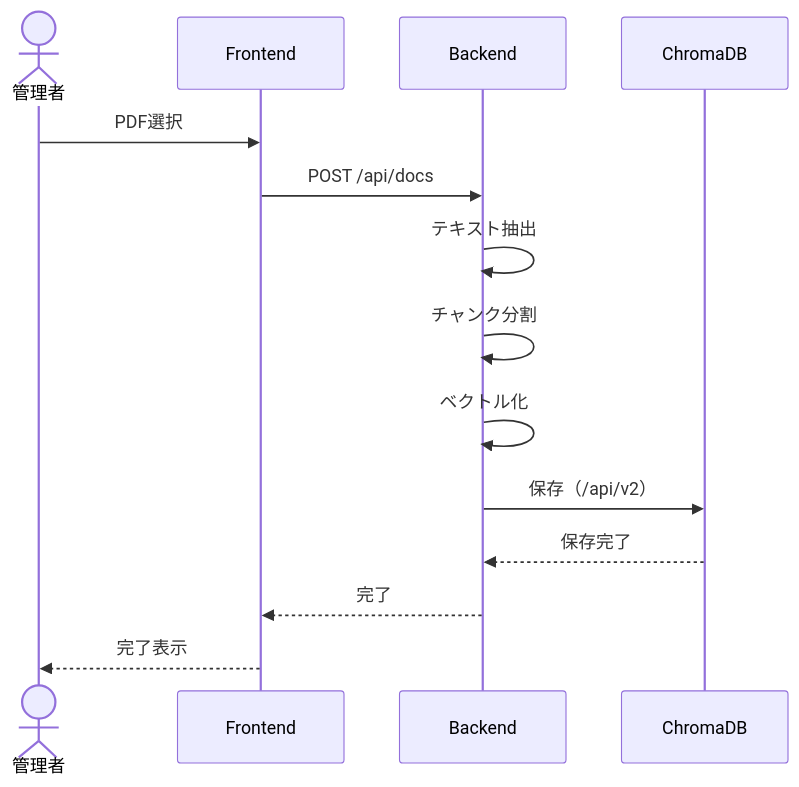
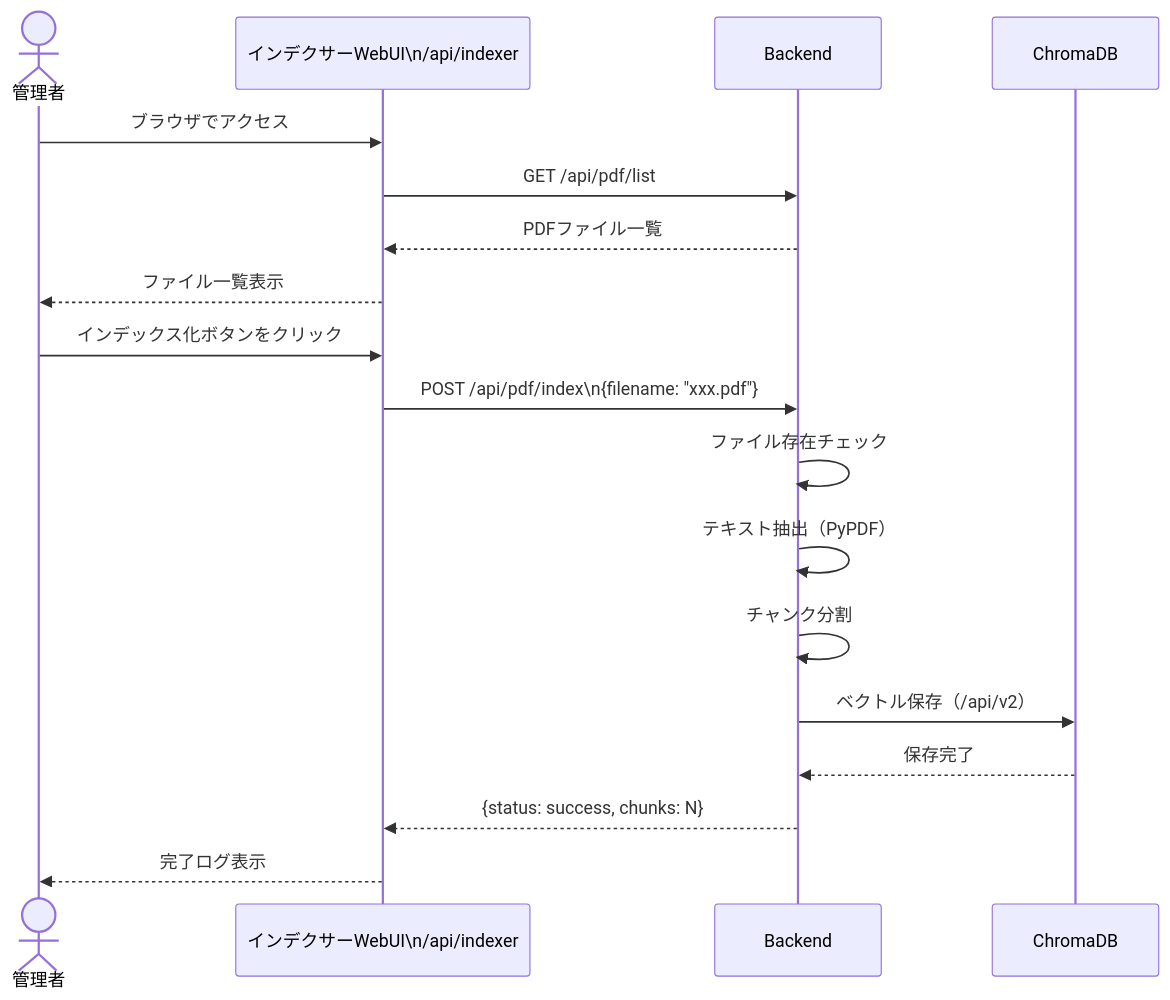
The second of 5 diagrams in docs/design/sequence_diagrams.md (redmine54/ai_chat), drawn with Mermaid before and after one commit. The commit also changed other lines of this file and 12 other files, not shown here.

````diff
--- a/docs/design/sequence_diagrams.md
+++ b/docs/design/sequence_diagrams.md
@@ -30,17 +30,22 @@
 ```mermaid
 sequenceDiagram
     actor Admin as 管理者
-    participant FE as Frontend
+    participant UI as インデクサーWebUI\n/api/indexer
     participant BE as Backend
     participant DB as ChromaDB
 
-    Admin->>FE: PDF選択
-    FE->>BE: POST /api/docs
-    BE->>BE: テキスト抽出
+    Admin->>UI: ブラウザでアクセス
+    UI->>BE: GET /api/pdf/list
+    BE-->>UI: PDFファイル一覧
+    UI-->>Admin: ファイル一覧表示
+
+    Admin->>UI: インデックス化ボタンをクリック
+    UI->>BE: POST /api/pdf/index\n{filename: "xxx.pdf"}
+    BE->>BE: ファイル存在チェック
+    BE->>BE: テキスト抽出（PyPDF）
     BE->>BE: チャンク分割
-    BE->>BE: ベクトル化
-    BE->>DB: 保存（/api/v2）
+    BE->>DB: ベクトル保存（/api/v2）
     DB-->>BE: 保存完了
-    BE-->>FE: 完了
-    FE-->>Admin: 完了表示
+    BE-->>UI: {status: success, chunks: N}
+    UI-->>Admin: 完了ログ表示
 ```
````
